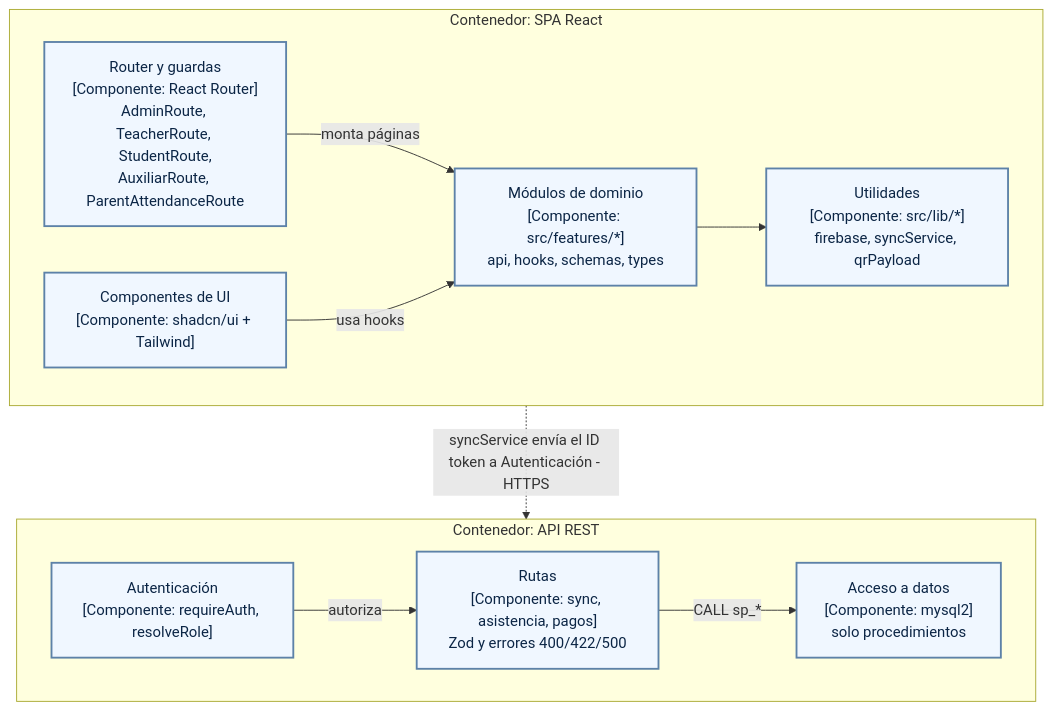
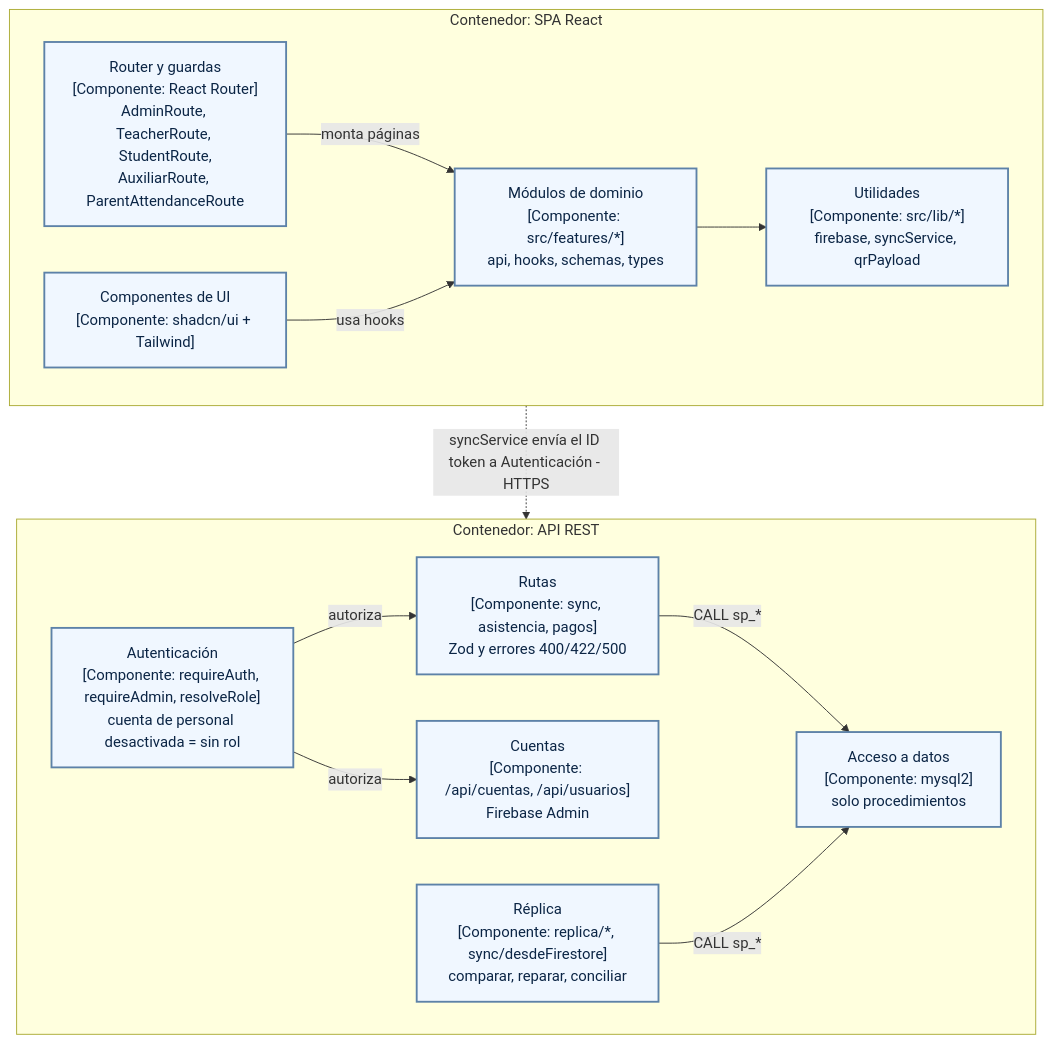
Before and after one commit to yucradavid/Perfil-de-egreso-Plataforma-Web-Integral-CERMAT: the fourth of 13 diagrams in docs/e1-definicion-sistema-ce021.md, drawn with Mermaid. The commit also changed other lines of this file and 27 other files, not shown here.

````diff
--- a/docs/e1-definicion-sistema-ce021.md
+++ b/docs/e1-definicion-sistema-ce021.md
@@ -216,23 +252,27 @@
 ```mermaid
 flowchart TB
   classDef componente fill:#f0f7ff,stroke:#5d82a8,stroke-width:2px,color:#0b2545
   subgraph SPAB["Contenedor: SPA React"]
     direction LR
     R["Router y guardas<br/>[Componente: React Router]<br/>AdminRoute, TeacherRoute, StudentRoute,<br/>AuxiliarRoute, ParentAttendanceRoute"]:::componente
     UI["Componentes de UI<br/>[Componente: shadcn/ui + Tailwind]"]:::componente
     FE["Módulos de dominio<br/>[Componente: src/features/*]<br/>api, hooks, schemas, types"]:::componente
     LIB["Utilidades<br/>[Componente: src/lib/*]<br/>firebase, syncService, qrPayload"]:::componente
     R -->|"monta páginas"| FE
     UI -->|"usa hooks"| FE
     FE --> LIB
   end
   subgraph APIB["Contenedor: API REST"]
     direction LR
-    MW["Autenticación<br/>[Componente: requireAuth, resolveRole]"]:::componente
+    MW["Autenticación<br/>[Componente: requireAuth, requireAdmin, resolveRole]<br/>cuenta de personal desactivada = sin rol"]:::componente
     RT["Rutas<br/>[Componente: sync, asistencia, pagos]<br/>Zod y errores 400/422/500"]:::componente
+    CU["Cuentas<br/>[Componente: /api/cuentas, /api/usuarios]<br/>Firebase Admin"]:::componente
+    RE["Réplica<br/>[Componente: replica/*, sync/desdeFirestore]<br/>comparar, reparar, conciliar"]:::componente
     PO["Acceso a datos<br/>[Componente: mysql2]<br/>solo procedimientos"]:::componente
     MW -->|autoriza| RT
+    MW -->|autoriza| CU
     RT -->|"CALL sp_*"| PO
+    RE -->|"CALL sp_*"| PO
   end
   SPAB -.->|"syncService envía el ID token a Autenticación - HTTPS"| APIB
 ```
````
